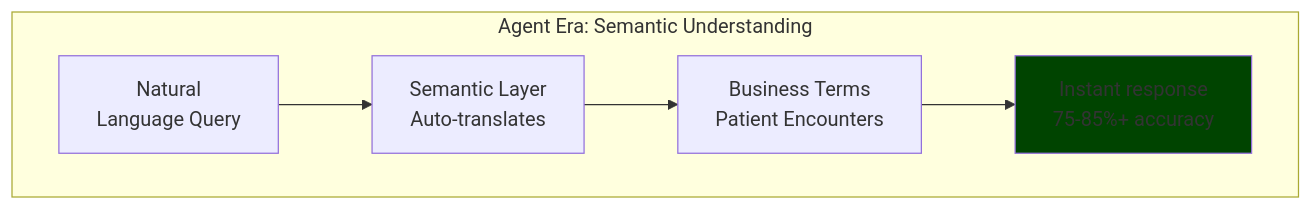
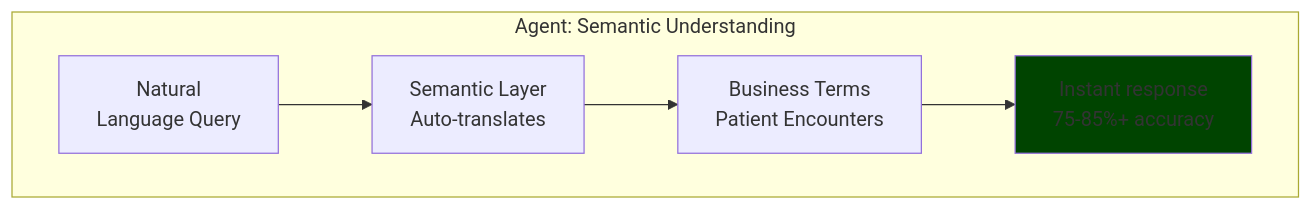
The fifth of 9 diagrams in chapter-00/chapter_00_complete.md (colaberry/enterprise-data-readiness-ai-agents), drawn with Mermaid before and after one commit. The commit also changed other lines of this file, not shown here.

Commit message:
diagram 3 commit
diagram 3 commit

````diff
--- a/chapter-00/chapter_00_complete.md
+++ b/chapter-00/chapter_00_complete.md
@@ -279,10 +279,10 @@
 ```mermaid
 graph TB    
-    subgraph "Agent Era: Semantic Understanding"
+    subgraph "Agent: Semantic Understanding"
         B1[Natural<br/>Language Query] --> B2[Semantic Layer<br/>Auto-translates]
         B2 --> B3[Business Terms<br/>Patient Encounters]
         B3 --> B4[Instant response<br/>75-85%+ accuracy]
     end
     
     style B4 fill:#004400
 ```
````
